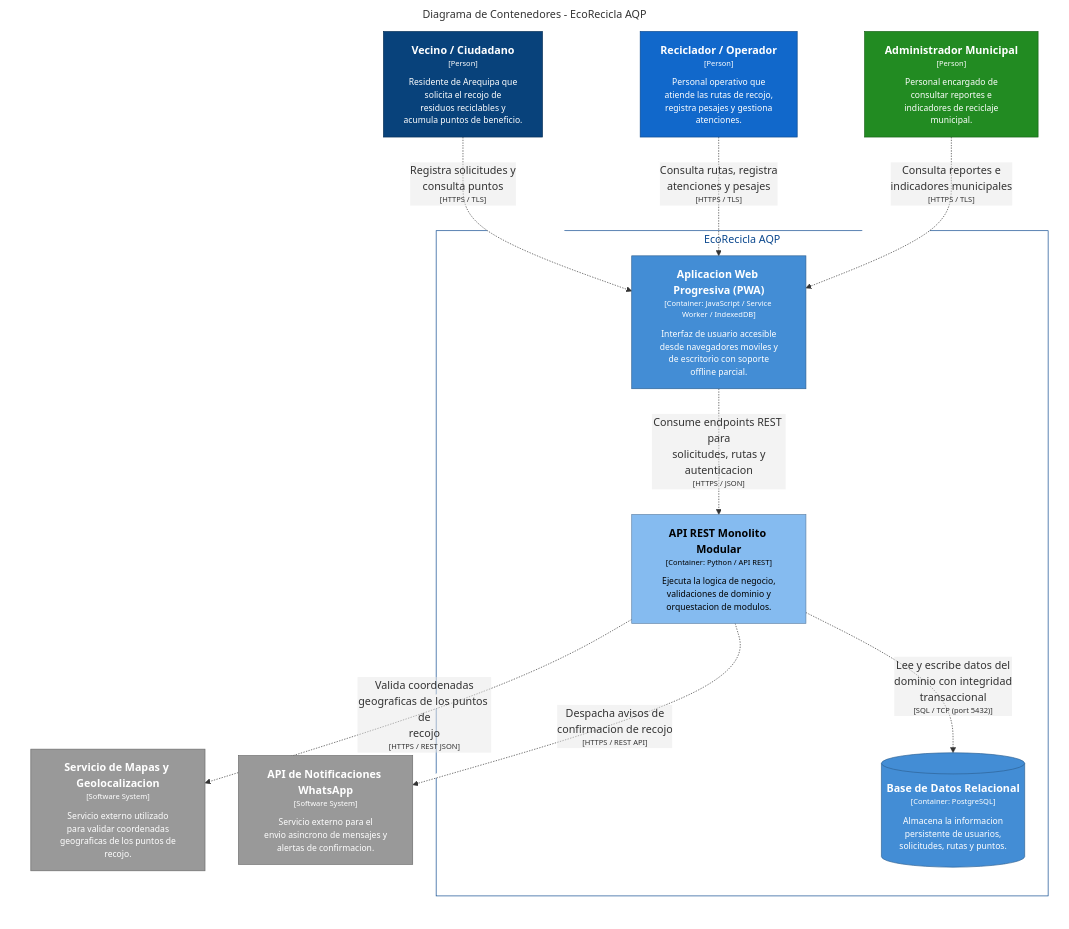
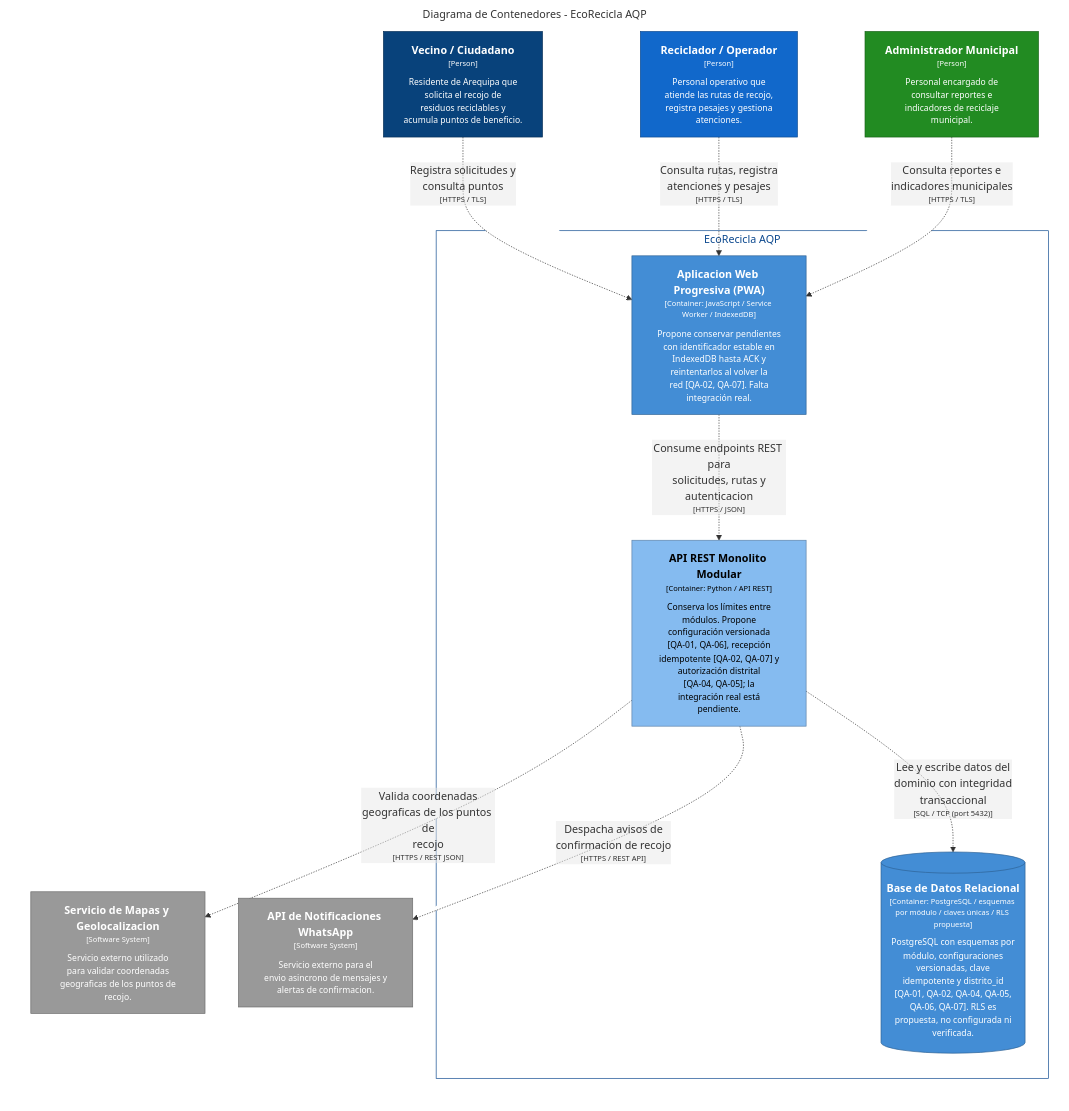
One commit to SharonCondoriUNSA/cs-2026b-lab04-grupo10 changed the diagram in docs/architecture/c4/export/structurizr-VistaContenedores.mmd. Above: the diagram before and after it, drawn with Mermaid. The commit also changed 5 other files, not shown here.

```diff
--- a/docs/architecture/c4/export/structurizr-VistaContenedores.mmd
+++ b/docs/architecture/c4/export/structurizr-VistaContenedores.mmd
@@ -1,37 +1,37 @@
 graph LR
   linkStyle default fill:#ffffff
 
   subgraph diagram ["Diagrama de Contenedores - EcoRecicla AQP"]
     style diagram fill:#ffffff,stroke:#ffffff
 
     1["<div style='font-weight: bold'>Vecino / Ciudadano</div><div style='font-size: 70%; margin-top: 0px'>[Person]</div><div style='font-size: 80%; margin-top:10px'>Residente de Arequipa que<br />solicita el recojo de<br />residuos reciclables y<br />acumula puntos de beneficio.</div>"]
     style 1 fill:#08427b,stroke:#052e56,color:#ffffff
     2["<div style='font-weight: bold'>Reciclador / Operador</div><div style='font-size: 70%; margin-top: 0px'>[Person]</div><div style='font-size: 80%; margin-top:10px'>Personal operativo que<br />atiende las rutas de recojo,<br />registra pesajes y gestiona<br />atenciones.</div>"]
     style 2 fill:#1168cb,stroke:#0b488e,color:#ffffff
     3["<div style='font-weight: bold'>Administrador Municipal</div><div style='font-size: 70%; margin-top: 0px'>[Person]</div><div style='font-size: 80%; margin-top:10px'>Personal encargado de<br />consultar reportes e<br />indicadores de reciclaje<br />municipal.</div>"]
     style 3 fill:#228b22,stroke:#176117,color:#ffffff
     4["<div style='font-weight: bold'>Servicio de Mapas y Geolocalizacion</div><div style='font-size: 70%; margin-top: 0px'>[Software System]</div><div style='font-size: 80%; margin-top:10px'>Servicio externo utilizado<br />para validar coordenadas<br />geograficas de los puntos de<br />recojo.</div>"]
     style 4 fill:#999999,stroke:#6b6b6b,color:#ffffff
     5["<div style='font-weight: bold'>API de Notificaciones WhatsApp</div><div style='font-size: 70%; margin-top: 0px'>[Software System]</div><div style='font-size: 80%; margin-top:10px'>Servicio externo para el<br />envio asincrono de mensajes y<br />alertas de confirmacion.</div>"]
     style 5 fill:#999999,stroke:#6b6b6b,color:#ffffff
 
     subgraph 6 ["EcoRecicla AQP"]
       style 6 fill:#ffffff,stroke:#0b488e,color:#0b488e
 
-      15[("<div style='font-weight: bold'>Base de Datos Relacional</div><div style='font-size: 70%; margin-top: 0px'>[Container: PostgreSQL]</div><div style='font-size: 80%; margin-top:10px'>Almacena la informacion<br />persistente de usuarios,<br />solicitudes, rutas y puntos.</div>")]
-      style 15 fill:#438dd5,stroke:#2e6295,color:#ffffff
-      7["<div style='font-weight: bold'>Aplicacion Web Progresiva (PWA)</div><div style='font-size: 70%; margin-top: 0px'>[Container: JavaScript / Service Worker / IndexedDB]</div><div style='font-size: 80%; margin-top:10px'>Interfaz de usuario accesible<br />desde navegadores moviles y<br />de escritorio con soporte<br />offline parcial.</div>"]
+      18[("<div style='font-weight: bold'>Base de Datos Relacional</div><div style='font-size: 70%; margin-top: 0px'>[Container: PostgreSQL / esquemas por módulo / claves únicas / RLS propuesta]</div><div style='font-size: 80%; margin-top:10px'>PostgreSQL con esquemas por<br />módulo, configuraciones<br />versionadas, clave<br />idempotente y distrito_id<br />[QA-01, QA-02, QA-04, QA-05,<br />QA-06, QA-07]. RLS es<br />propuesta, no configurada ni<br />verificada.</div>")]
+      style 18 fill:#438dd5,stroke:#2e6295,color:#ffffff
+      7["<div style='font-weight: bold'>Aplicacion Web Progresiva (PWA)</div><div style='font-size: 70%; margin-top: 0px'>[Container: JavaScript / Service Worker / IndexedDB]</div><div style='font-size: 80%; margin-top:10px'>Propone conservar pendientes<br />con identificador estable en<br />IndexedDB hasta ACK y<br />reintentarlos al volver la<br />red [QA-02, QA-07]. Falta<br />integración real.</div>"]
       style 7 fill:#438dd5,stroke:#2e6295,color:#ffffff
-      8["<div style='font-weight: bold'>API REST Monolito Modular</div><div style='font-size: 70%; margin-top: 0px'>[Container: Python / API REST]</div><div style='font-size: 80%; margin-top:10px'>Ejecuta la logica de negocio,<br />validaciones de dominio y<br />orquestacion de modulos.</div>"]
-      style 8 fill:#85bbf0,stroke:#5d82a8,color:#000000
+      9["<div style='font-weight: bold'>API REST Monolito Modular</div><div style='font-size: 70%; margin-top: 0px'>[Container: Python / API REST]</div><div style='font-size: 80%; margin-top:10px'>Conserva los límites entre<br />módulos. Propone<br />configuración versionada<br />[QA-01, QA-06], recepción<br />idempotente [QA-02, QA-07] y<br />autorización distrital<br />[QA-04, QA-05]; la<br />integración real está<br />pendiente.</div>"]
+      style 9 fill:#85bbf0,stroke:#5d82a8,color:#000000
     end
 
     1-. "<div>Registra solicitudes y<br />consulta puntos</div><div style='font-size: 70%'>[HTTPS / TLS]</div>" .->7
     2-. "<div>Consulta rutas, registra<br />atenciones y pesajes</div><div style='font-size: 70%'>[HTTPS / TLS]</div>" .->7
     3-. "<div>Consulta reportes e<br />indicadores municipales</div><div style='font-size: 70%'>[HTTPS / TLS]</div>" .->7
-    7-. "<div>Consume endpoints REST para<br />solicitudes, rutas y<br />autenticacion</div><div style='font-size: 70%'>[HTTPS / JSON]</div>" .->8
-    8-. "<div>Lee y escribe datos del<br />dominio con integridad<br />transaccional</div><div style='font-size: 70%'>[SQL / TCP (port 5432)]</div>" .->15
-    8-. "<div>Valida coordenadas<br />geograficas de los puntos de<br />recojo</div><div style='font-size: 70%'>[HTTPS / REST JSON]</div>" .->4
-    8-. "<div>Despacha avisos de<br />confirmacion de recojo</div><div style='font-size: 70%'>[HTTPS / REST API]</div>" .->5
+    7-. "<div>Consume endpoints REST para<br />solicitudes, rutas y<br />autenticacion</div><div style='font-size: 70%'>[HTTPS / JSON]</div>" .->9
+    9-. "<div>Lee y escribe datos del<br />dominio con integridad<br />transaccional</div><div style='font-size: 70%'>[SQL / TCP (port 5432)]</div>" .->18
+    9-. "<div>Valida coordenadas<br />geograficas de los puntos de<br />recojo</div><div style='font-size: 70%'>[HTTPS / REST JSON]</div>" .->4
+    9-. "<div>Despacha avisos de<br />confirmacion de recojo</div><div style='font-size: 70%'>[HTTPS / REST API]</div>" .->5
 
   end
```
